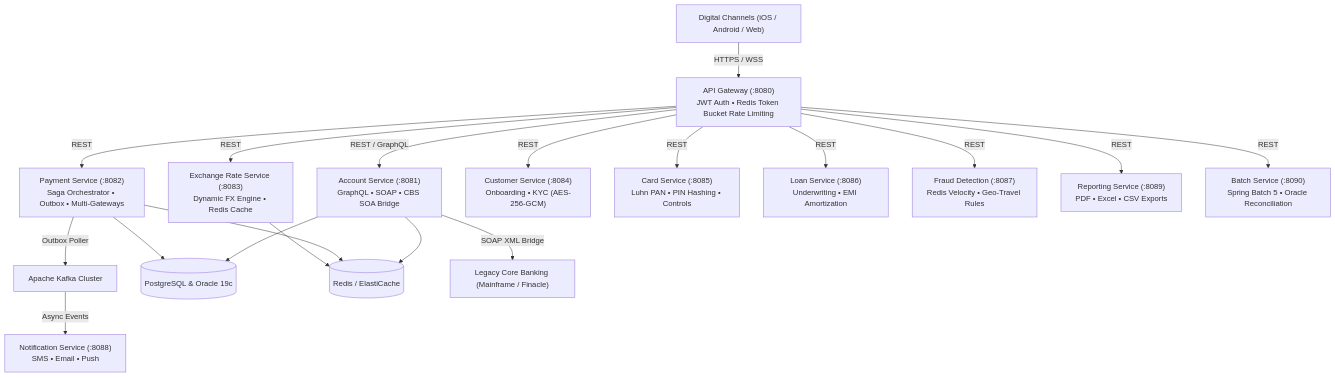
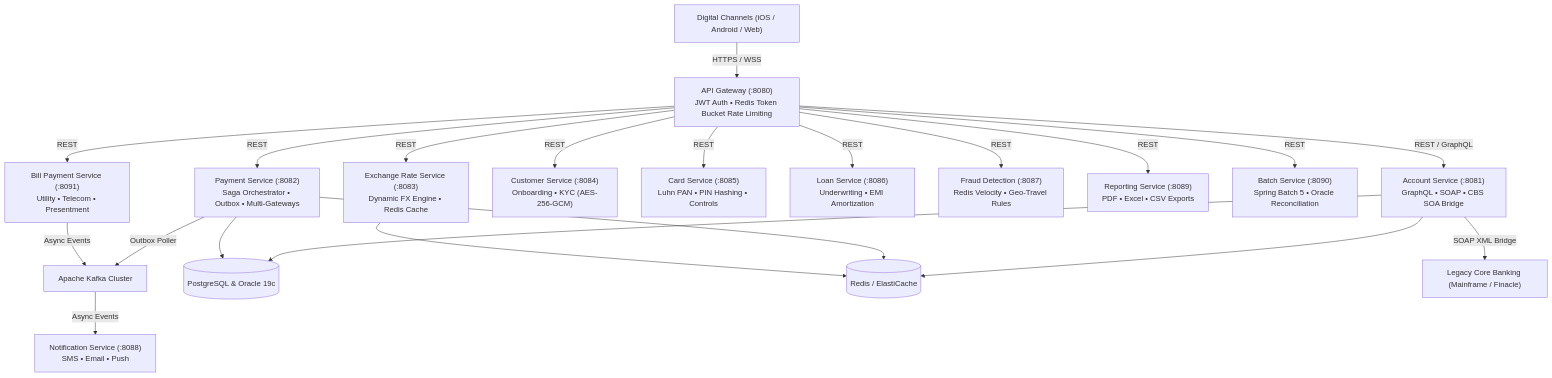
The diagram in README.md (Aaseya120/FintechEnterprisePlatform), drawn with Mermaid before and after one commit. The commit also changed other lines of this file and 387 other files, not shown here.

````diff
--- a/README.md
+++ b/README.md
@@ -18,25 +18,27 @@
 ```mermaid
 graph TD
     Client["Digital Channels (iOS / Android / Web)"] -->|HTTPS / WSS| APIGW["API Gateway (:8080)<br/>JWT Auth • Redis Token Bucket Rate Limiting"]
     
     APIGW -->|REST / GraphQL| Acc["Account Service (:8081)<br/>GraphQL • SOAP • CBS SOA Bridge"]
     APIGW -->|REST| Pay["Payment Service (:8082)<br/>Saga Orchestrator • Outbox • Multi-Gateways"]
     APIGW -->|REST| Fx["Exchange Rate Service (:8083)<br/>Dynamic FX Engine • Redis Cache"]
     APIGW -->|REST| Cust["Customer Service (:8084)<br/>Onboarding • KYC (AES-256-GCM)"]
     APIGW -->|REST| Card["Card Service (:8085)<br/>Luhn PAN • PIN Hashing • Controls"]
     APIGW -->|REST| Loan["Loan Service (:8086)<br/>Underwriting • EMI Amortization"]
     APIGW -->|REST| Fraud["Fraud Detection (:8087)<br/>Redis Velocity • Geo-Travel Rules"]
     APIGW -->|REST| Rep["Reporting Service (:8089)<br/>PDF • Excel • CSV Exports"]
     APIGW -->|REST| Batch["Batch Service (:8090)<br/>Spring Batch 5 • Oracle Reconciliation"]
+    APIGW -->|REST| Bill["Bill Payment Service (:8091)<br/>Utility • Telecom • Presentment"]
 
     Pay -->|Outbox Poller| Kafka["Apache Kafka Cluster"]
+    Bill -->|Async Events| Kafka
     Kafka -->|Async Events| Notif["Notification Service (:8088)<br/>SMS • Email • Push"]
 
     Acc --> DB[(PostgreSQL & Oracle 19c)]
     Pay --> DB
     Acc --> Redis[(Redis / ElastiCache)]
     Pay --> Redis
     Fx --> Redis
 
     Acc -->|SOAP XML Bridge| LegacyCBS["Legacy Core Banking (Mainframe / Finacle)"]
 ```
````
